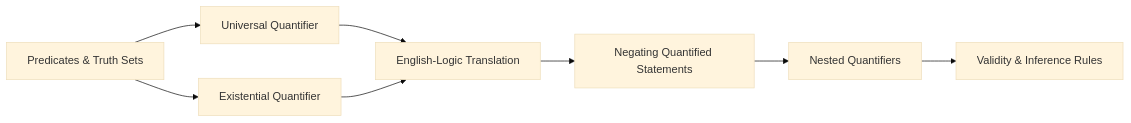
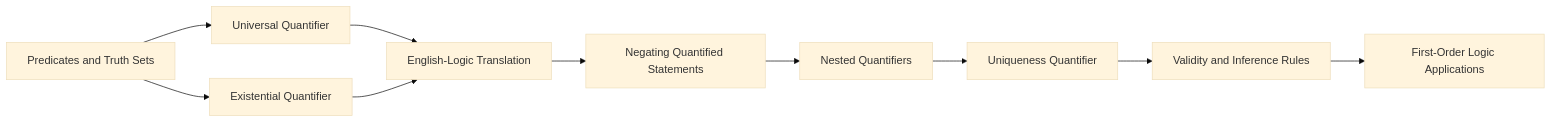
One commit to Raushan666java/ai-engineering-journey changed the first of 2 diagrams in docs/courses/discrete-mathematics/03-predicates.md. Above: the diagram before and after it, drawn with Mermaid (base theme). The commit also changed other lines of this file and 62 other files, not shown here.

````diff
--- a/docs/courses/discrete-mathematics/03-predicates.md
+++ b/docs/courses/discrete-mathematics/03-predicates.md
@@ -31,10 +35,12 @@
 ```mermaid
 flowchart LR
-    A[Predicates & Truth Sets] --> B[Universal Quantifier]
+    A[Predicates and Truth Sets] --> B[Universal Quantifier]
     A --> C[Existential Quantifier]
     B --> D[English-Logic Translation]
     C --> D
     D --> E[Negating Quantified Statements]
     E --> F[Nested Quantifiers]
-    F --> G[Validity & Inference Rules]
+    F --> G[Uniqueness Quantifier]
+    G --> H[Validity and Inference Rules]
+    H --> I[First-Order Logic Applications]
 ```
````
